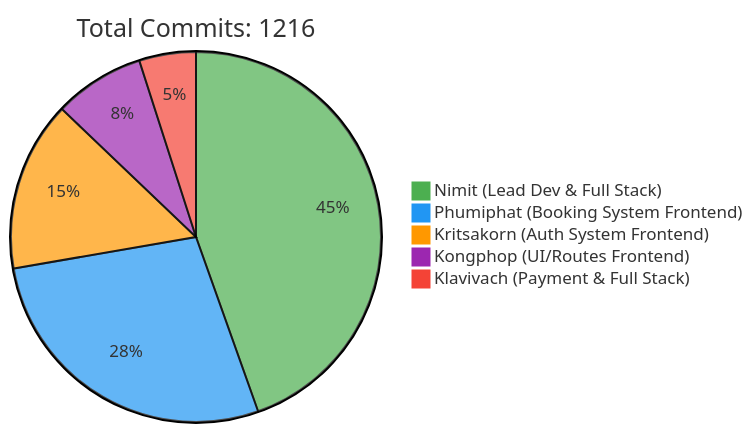
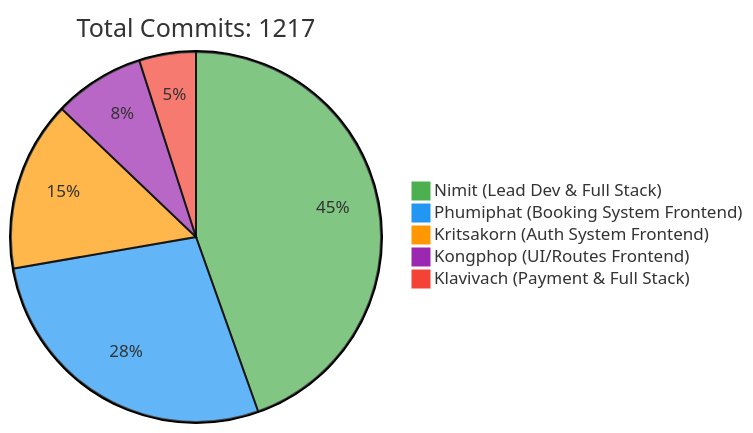
Before and after one commit to 6531503042/Sport-Complex: the first of 2 diagrams in README.md, drawn with Mermaid. The commit also changed other lines of this file, not shown here.

Commit message:
docs: Update contributor statistics [skip ci]

````diff
--- a/README.md
+++ b/README.md
@@ -257,10 +257,10 @@
 ```mermaid
 %%{init: {'theme': 'base', 'themeVariables': { 'pie1': '#4CAF50', 'pie2': '#2196F3', 'pie3': '#FF9800', 'pie4': '#9C27B0', 'pie5': '#F44336'}}}%%
 pie
-    title Total Commits: 1216
+    title Total Commits: 1217
     "Nimit (Lead Dev & Full Stack)" : 450
     "Phumiphat (Booking System Frontend)" : 280
     "Kritsakorn (Auth System Frontend)" : 150
     "Kongphop (UI/Routes Frontend)" : 80
     "Klavivach (Payment & Full Stack)" : 50
 ```
````
